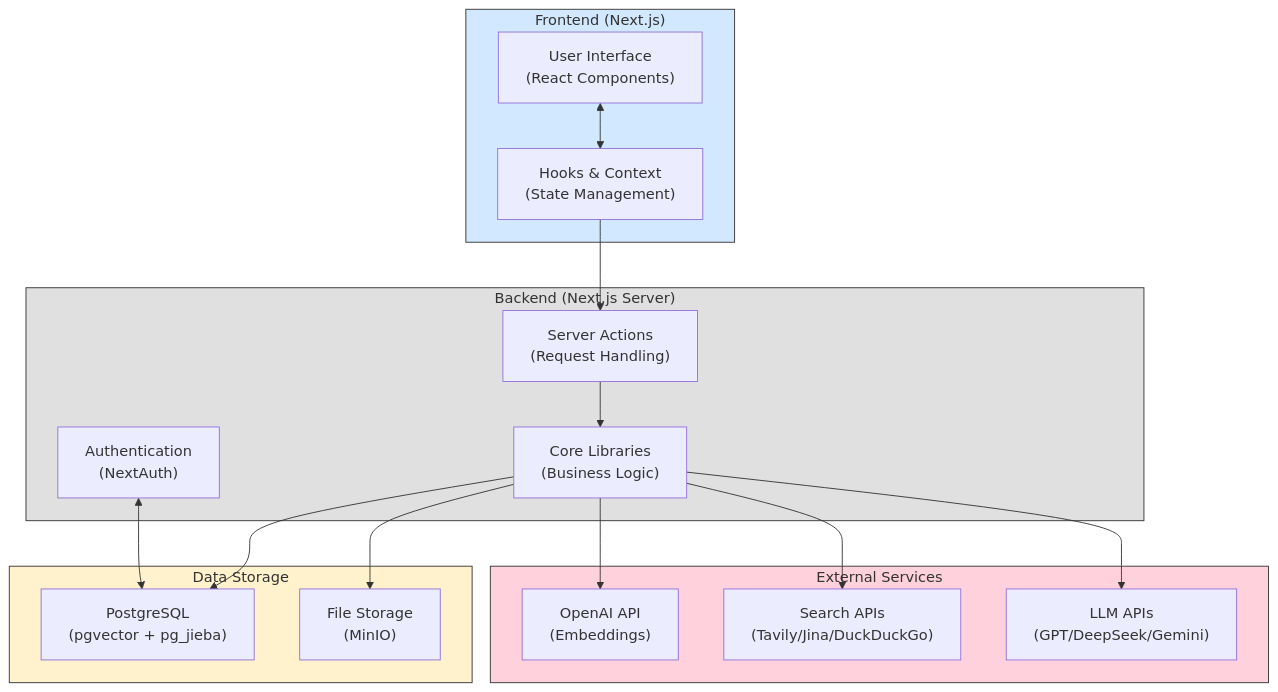
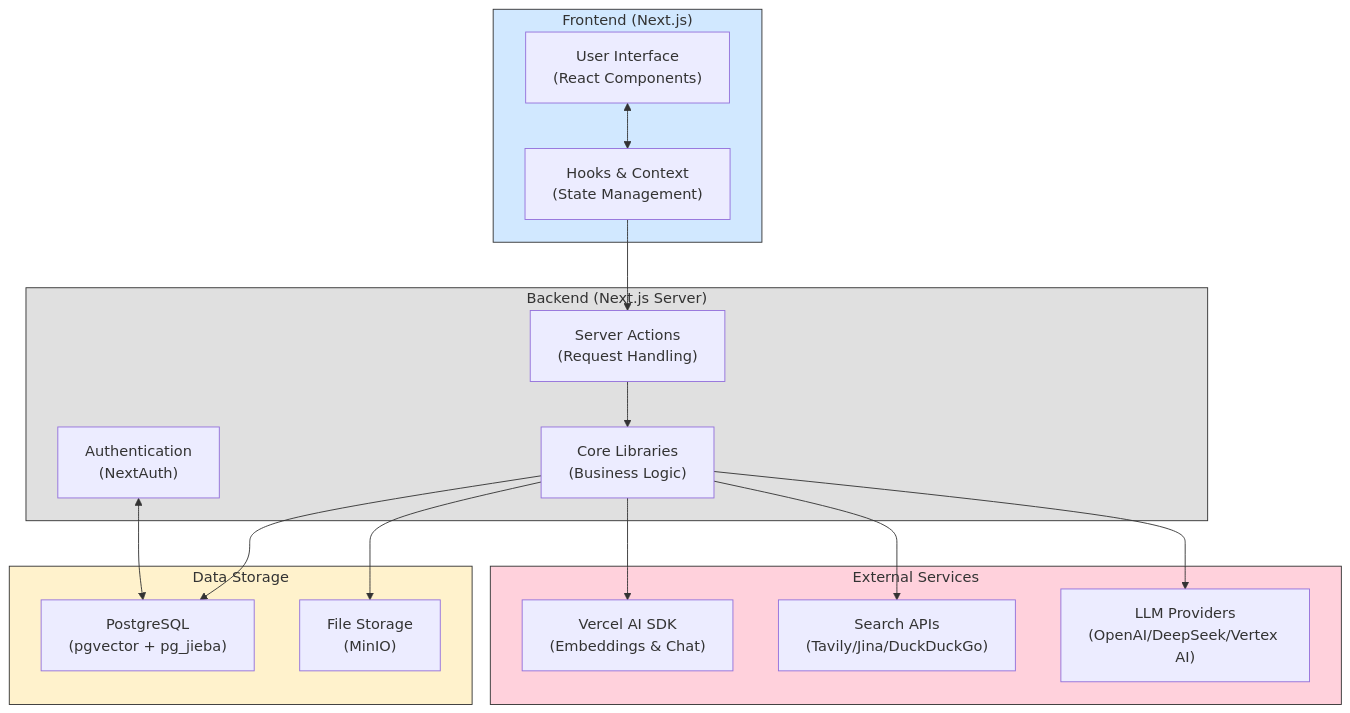
Before and after one commit to hint-lab/deepmed-search: the diagram in README.md, drawn with Mermaid. The commit also changed other lines of this file and 149 other files, not shown here.

````diff
--- a/README.md
+++ b/README.md
@@ -79,46 +80,46 @@
 ```mermaid
 graph TD
     subgraph Frontend["Frontend (Next.js)"]
         UI["User Interface<br/>(React Components)"]
         Hooks["Hooks & Context<br/>(State Management)"]
     end
 
     subgraph Backend["Backend (Next.js Server)"]
         Actions["Server Actions<br/>(Request Handling)"]
         Lib["Core Libraries<br/>(Business Logic)"]
         Auth["Authentication<br/>(NextAuth)"]
     end
 
     subgraph Storage["Data Storage"]
         PG["PostgreSQL<br/>(pgvector + pg_jieba)"]
         Files["File Storage<br/>(MinIO)"]
     end
 
     subgraph External["External Services"]
-        OpenAI["OpenAI API<br/>(Embeddings)"]
+        AISDK["Vercel AI SDK<br/>(Embeddings & Chat)"]
         SearchAPI["Search APIs<br/>(Tavily/Jina/DuckDuckGo)"]
-        LLMAPI["LLM APIs<br/>(GPT/DeepSeek/Gemini)"]
+        LLMProviders["LLM Providers<br/>(OpenAI/DeepSeek/Vertex AI)"]
     end
 
     %% Connections
     UI <--> Hooks
     Hooks --> Actions
     Actions --> Lib
     Lib --> PG
     Lib --> Files
-    Lib --> OpenAI
+    Lib --> AISDK
     Lib --> SearchAPI
-    Lib --> LLMAPI
+    Lib --> LLMProviders
     Auth <--> PG
 
     %% Styles
     classDef frontend fill:#D1E8FF,stroke:#333
     classDef backend fill:#E0E0E0,stroke:#333
     classDef database fill:#FFF2CC,stroke:#333
     classDef external fill:#FFD1DC,stroke:#333
 
     class Frontend frontend
     class Backend backend
     class Storage database
     class External external
 ```
````
